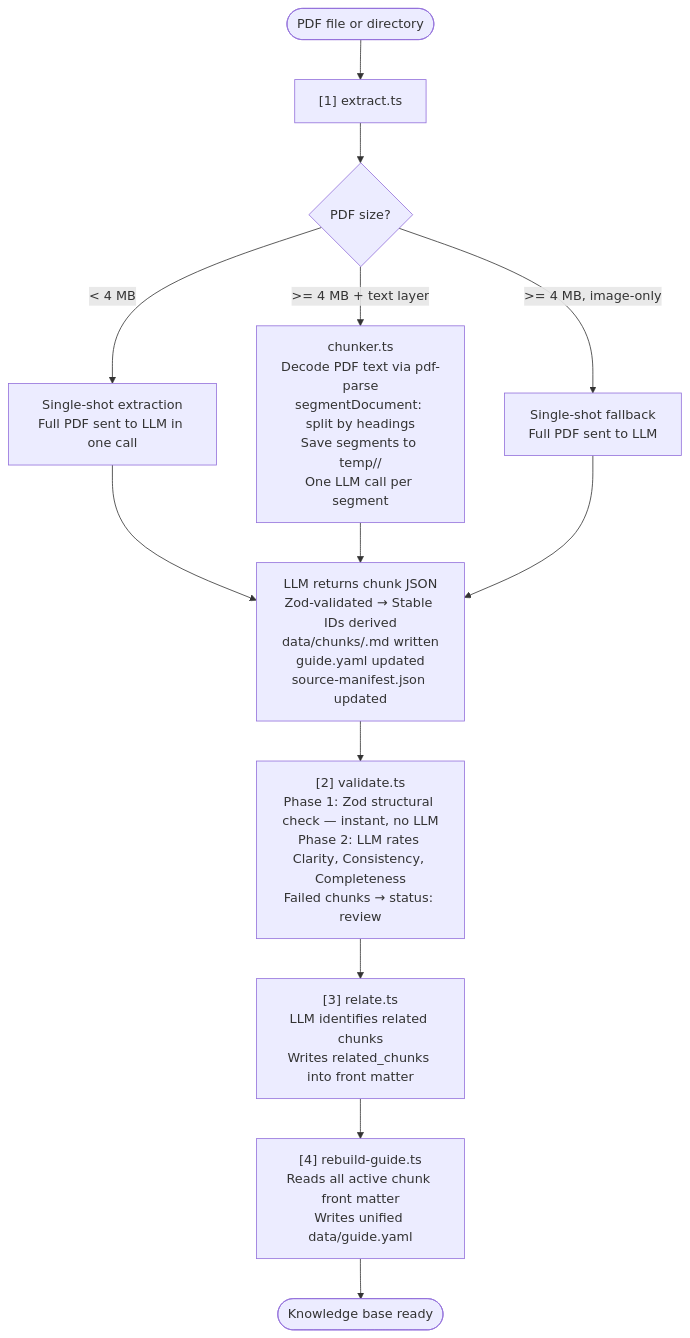
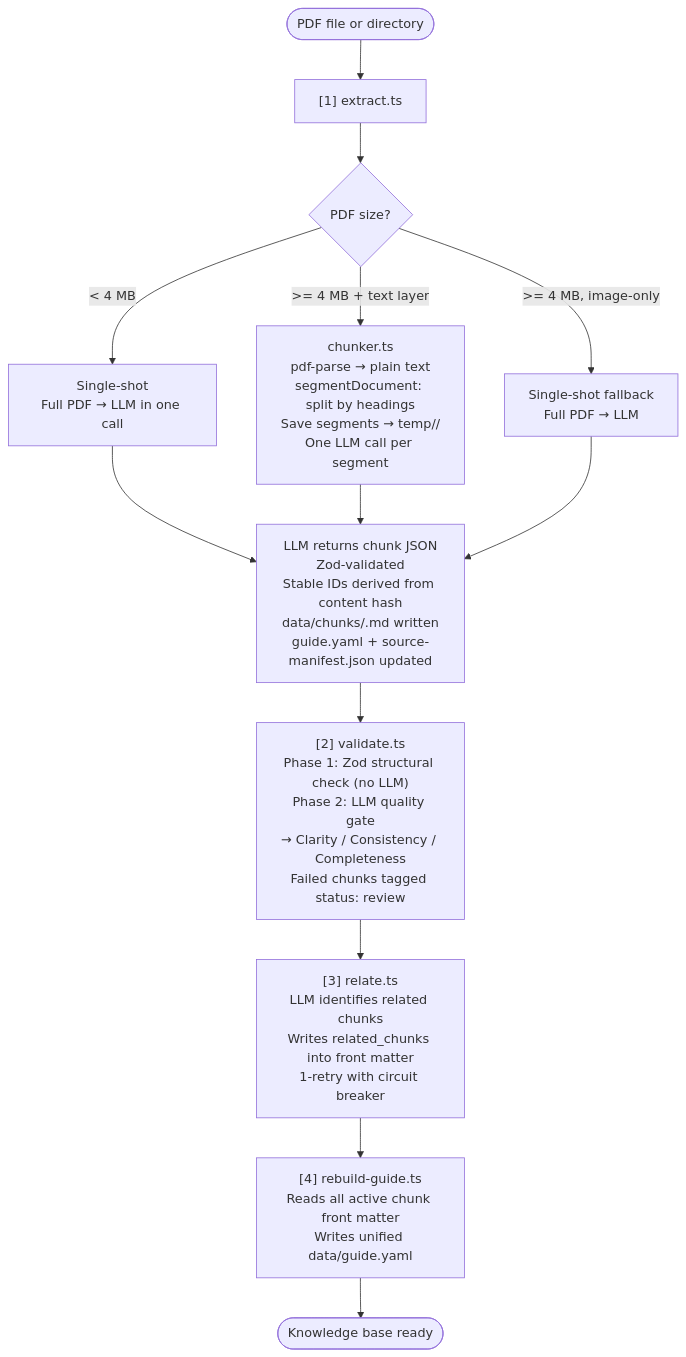
Before and after one commit to amritanshu-acog/hwl-chat-poc: the first of 2 diagrams in GUIDE.md, drawn with Mermaid. The commit also changed other lines of this file and 15 other files, not shown here.

Commit message:
Added GUIDE.yaml, production-grade hardening including circuit breaker, retries with backoff, rate limiting, timeouts, and request correlation

````diff
--- a/GUIDE.md
+++ b/GUIDE.md
@@ -195,22 +256,22 @@
 ```mermaid
 flowchart TD
     A([PDF file or directory]) --> B["[1] extract.ts"]
 
     B --> C{PDF size?}
 
-    C -->|"< 4 MB"| D["Single-shot extraction\nFull PDF sent to LLM in one call"]
-    C -->|">= 4 MB + text layer"| E["chunker.ts\nDecode PDF text via pdf-parse\nsegmentDocument: split by headings\nSave segments to temp/<type>/\nOne LLM call per segment"]
-    C -->|">= 4 MB, image-only"| F["Single-shot fallback\nFull PDF sent to LLM"]
+    C -->|"< 4 MB"| D["Single-shot\nFull PDF → LLM in one call"]
+    C -->|">= 4 MB + text layer"| E["chunker.ts\npdf-parse → plain text\nsegmentDocument: split by headings\nSave segments → temp/<type>/\nOne LLM call per segment"]
+    C -->|">= 4 MB, image-only"| F["Single-shot fallback\nFull PDF → LLM"]
 
-    D --> G["LLM returns chunk JSON\nZod-validated → Stable IDs derived\ndata/chunks/<id>.md written\nguide.yaml updated\nsource-manifest.json updated"]
+    D --> G["LLM returns chunk JSON\nZod-validated\nStable IDs derived from content hash\ndata/chunks/<id>.md written\nguide.yaml + source-manifest.json updated"]
     E --> G
     F --> G
 
-    G --> H["[2] validate.ts\nPhase 1: Zod structural check — instant, no LLM\nPhase 2: LLM rates Clarity, Consistency, Completeness\nFailed chunks → status: review"]
+    G --> H["[2] validate.ts\nPhase 1: Zod structural check (no LLM)\nPhase 2: LLM quality gate\n→ Clarity / Consistency / Completeness\nFailed chunks tagged status: review"]
 
-    H --> I["[3] relate.ts\nLLM identifies related chunks\nWrites related_chunks into front matter"]
+    H --> I["[3] relate.ts\nLLM identifies related chunks\nWrites related_chunks into front matter\n1-retry with circuit breaker"]
 
     I --> J["[4] rebuild-guide.ts\nReads all active chunk front matter\nWrites unified data/guide.yaml"]
 
     J --> K([Knowledge base ready])
 ```
````
